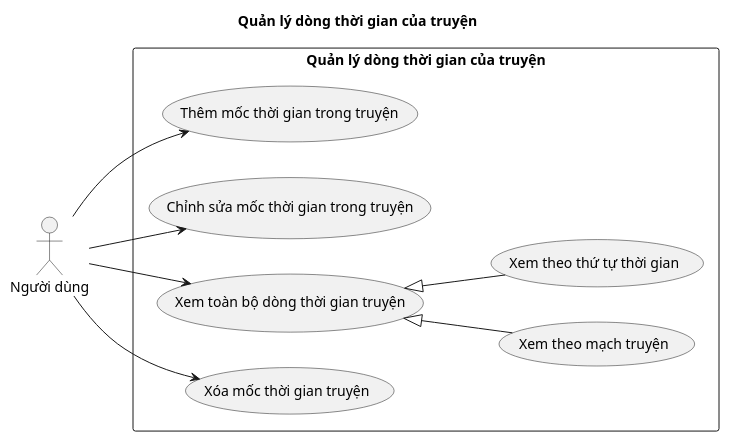
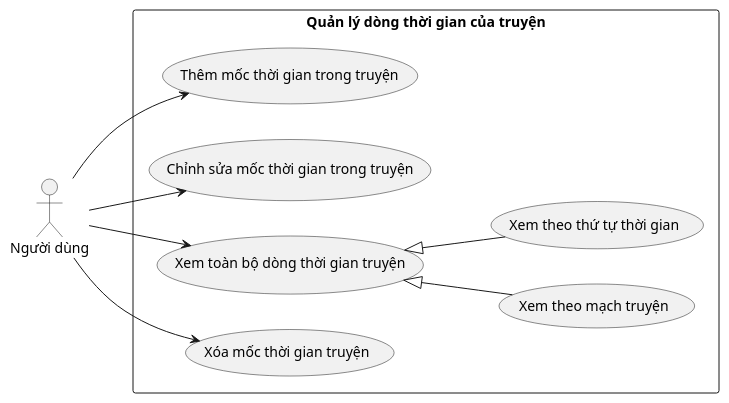
Before and after one commit to 202416852-anhpv/story2video-docs: the diagram in docs/use-case-diagrams/quan-ly-dong-thoi-gian.puml, drawn with PlantUML. The commit also changed 10 other files, not shown here.

```diff
--- a/docs/use-case-diagrams/quan-ly-dong-thoi-gian.puml
+++ b/docs/use-case-diagrams/quan-ly-dong-thoi-gian.puml
@@ -1,24 +1,23 @@
 @startuml quan-ly-dong-thoi-gian
-title Quản lý dòng thời gian của truyện
 left to right direction
 
 actor "Người dùng" as User
 
 rectangle "Quản lý dòng thời gian của truyện" {
     usecase "Thêm mốc thời gian trong truyện" as UC_01
     usecase "Chỉnh sửa mốc thời gian trong truyện" as UC_02
     usecase "Xem toàn bộ dòng thời gian truyện" as UC_03
     usecase "Xem theo mạch truyện" as UC_03_1
     usecase "Xem theo thứ tự thời gian" as UC_03_2
     usecase "Xóa mốc thời gian truyện" as UC_04
 }
 
 User --> UC_01
 User --> UC_02
 User --> UC_03
 User --> UC_04
 
 UC_03 <|-- UC_03_1
 UC_03 <|-- UC_03_2
 
 @enduml
```
